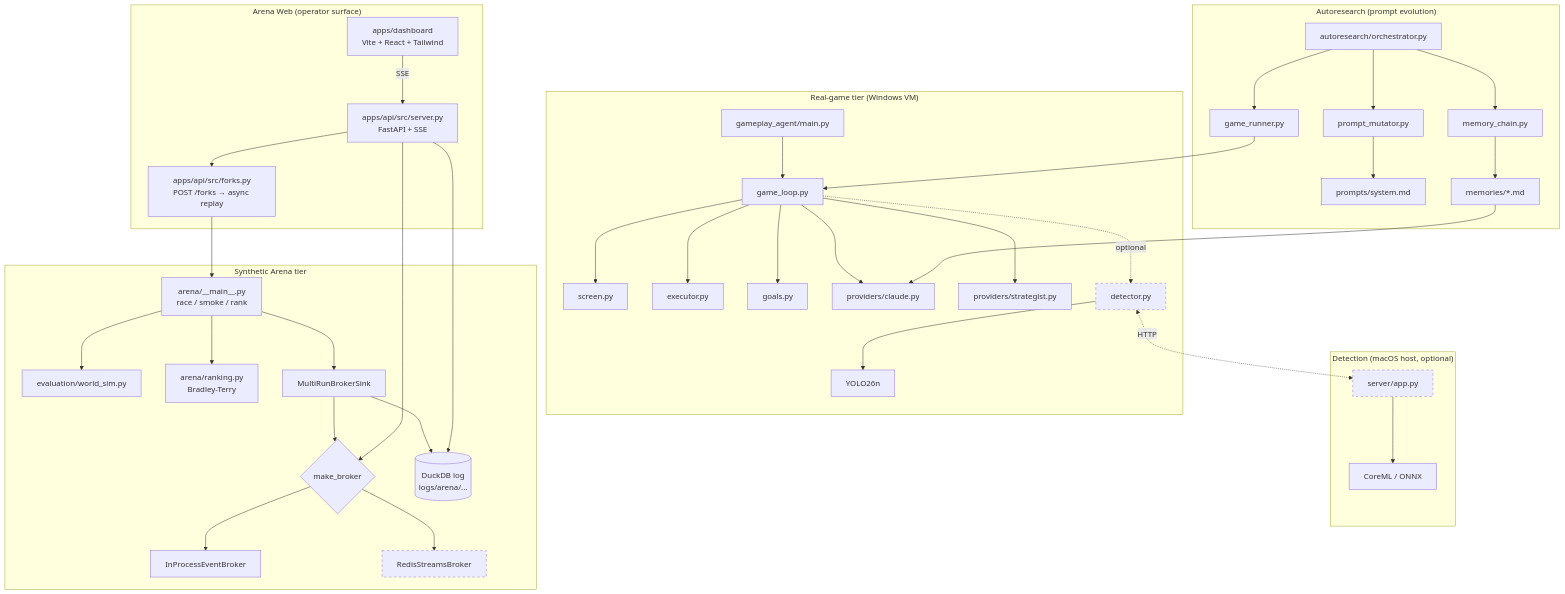
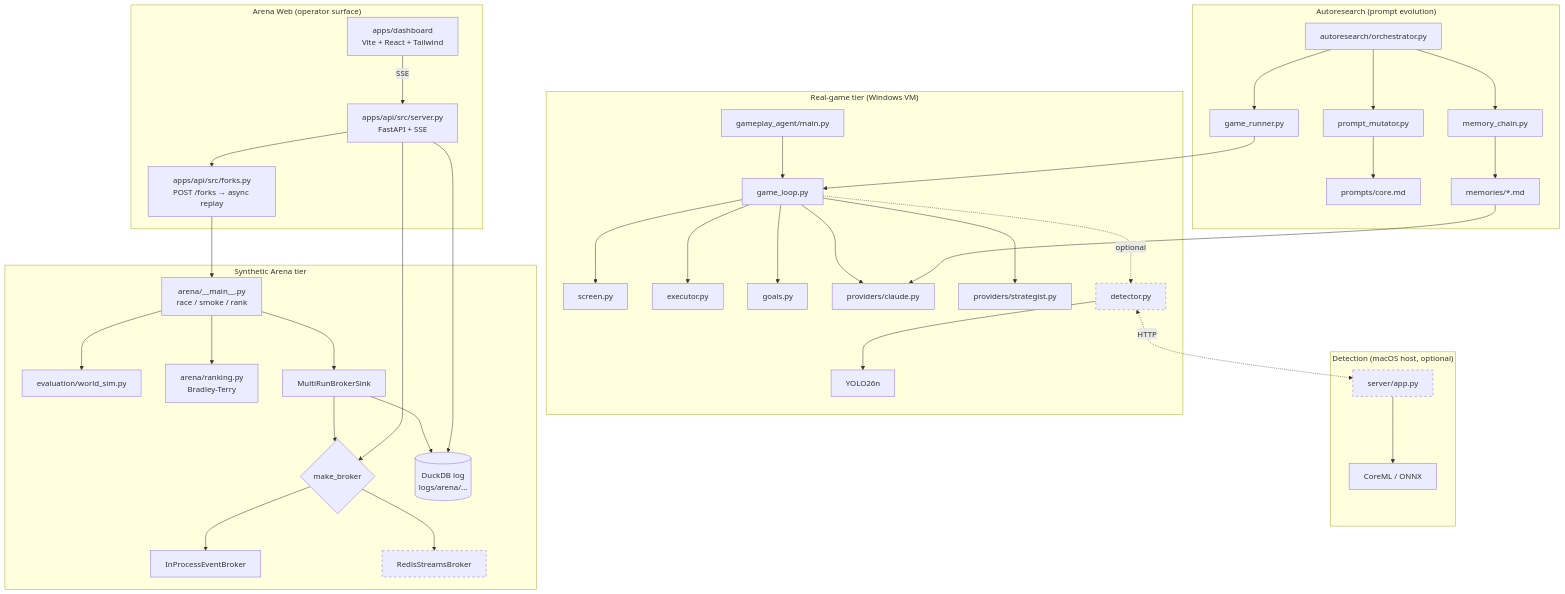
Before and after one commit to dobosmarton/aoe2-agent: the diagram in docs/index.md, drawn with Mermaid. The commit also changed other lines of this file and 19 other files, not shown here.

````diff
--- a/docs/index.md
+++ b/docs/index.md
@@ -9,50 +9,50 @@
 ```mermaid
 graph TD
     subgraph "Real-game tier (Windows VM)"
         MAIN[gameplay_agent/main.py] --> LOOP[game_loop.py]
         LOOP --> SCREEN[screen.py]
         LOOP --> EXEC[executor.py]
         LOOP --> GOALS[goals.py]
         LOOP --> PROV[providers/claude.py]
         LOOP --> STRAT[providers/strategist.py]
         LOOP -.->|optional| DET[detector.py]
         DET --> YOLO[YOLO26n]
     end
 
     subgraph "Detection (macOS host, optional)"
         DET <-.->|HTTP| SRV[server/app.py]
         SRV --> COREML[CoreML / ONNX]
     end
 
     subgraph "Synthetic Arena tier"
         CLI[arena/__main__.py<br/>race / smoke / rank] --> WORLD[evaluation/world_sim.py]
         CLI --> RANK[arena/ranking.py<br/>Bradley-Terry]
         CLI --> SINK[MultiRunBrokerSink]
         SINK --> BROKER{make_broker}
         BROKER --> INPROC[InProcessEventBroker]
         BROKER --> REDIS[RedisStreamsBroker]
         SINK --> DUCK[(DuckDB log<br/>logs/arena/...)]
     end
 
     subgraph "Arena Web (operator surface)"
         WEB[apps/api/src/server.py<br/>FastAPI + SSE] --> BROKER
         WEB --> DUCK
         WEB --> FORK[apps/api/src/forks.py<br/>POST /forks → async replay]
         FORK --> CLI
         UI[apps/dashboard<br/>Vite + React + Tailwind] -->|SSE| WEB
     end
 
     subgraph "Autoresearch (prompt evolution)"
         AR[autoresearch/orchestrator.py] --> MUT[prompt_mutator.py]
-        MUT --> SYSP[prompts/system.md]
+        MUT --> SYSP[prompts/core.md]
         AR --> RUN[game_runner.py]
         RUN --> LOOP
         AR --> MEM[memory_chain.py]
         MEM --> MEMDIR[memories/*.md]
         MEMDIR --> PROV
     end
 
     style DET stroke-dasharray: 5 5
     style SRV stroke-dasharray: 5 5
     style REDIS stroke-dasharray: 5 5
 ```
````
